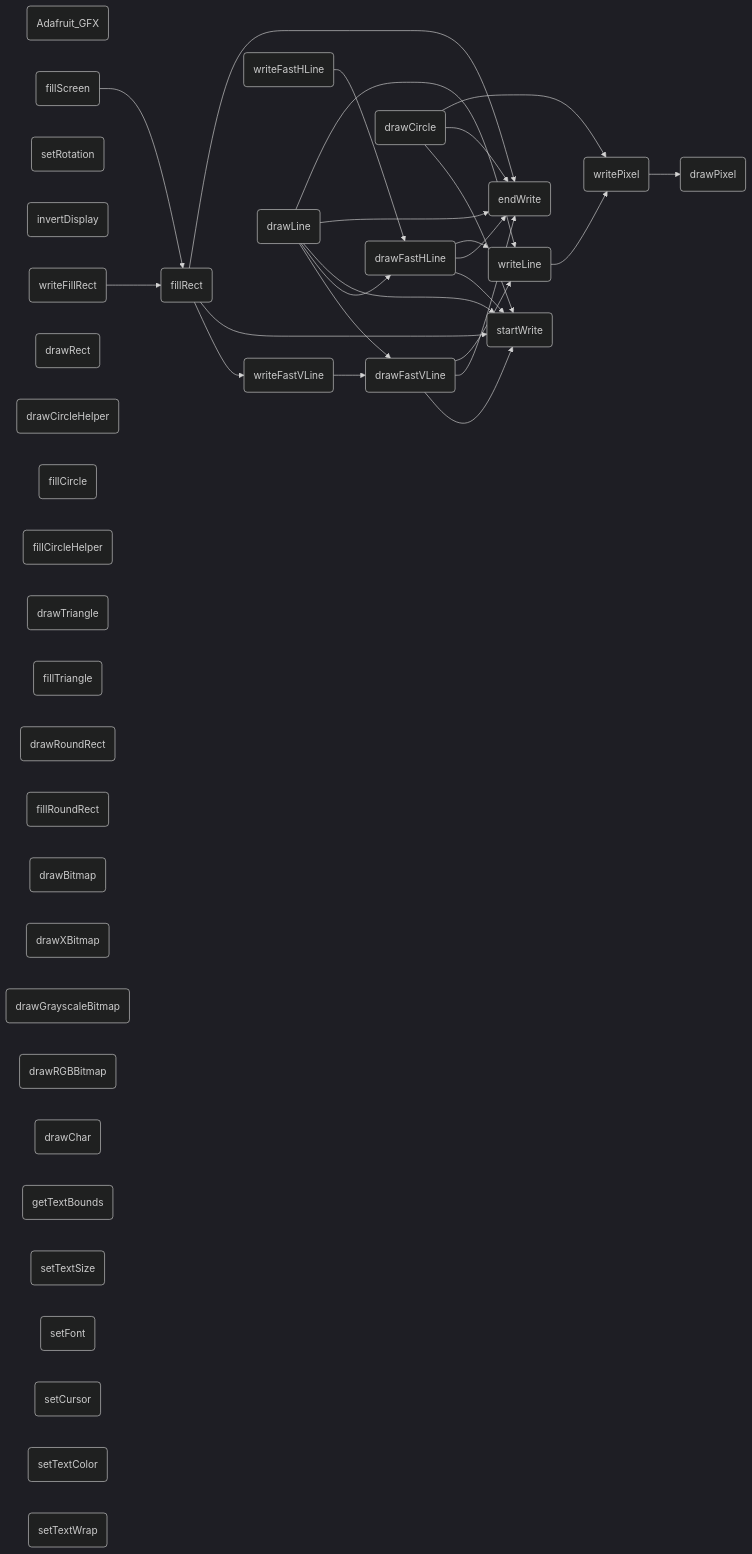
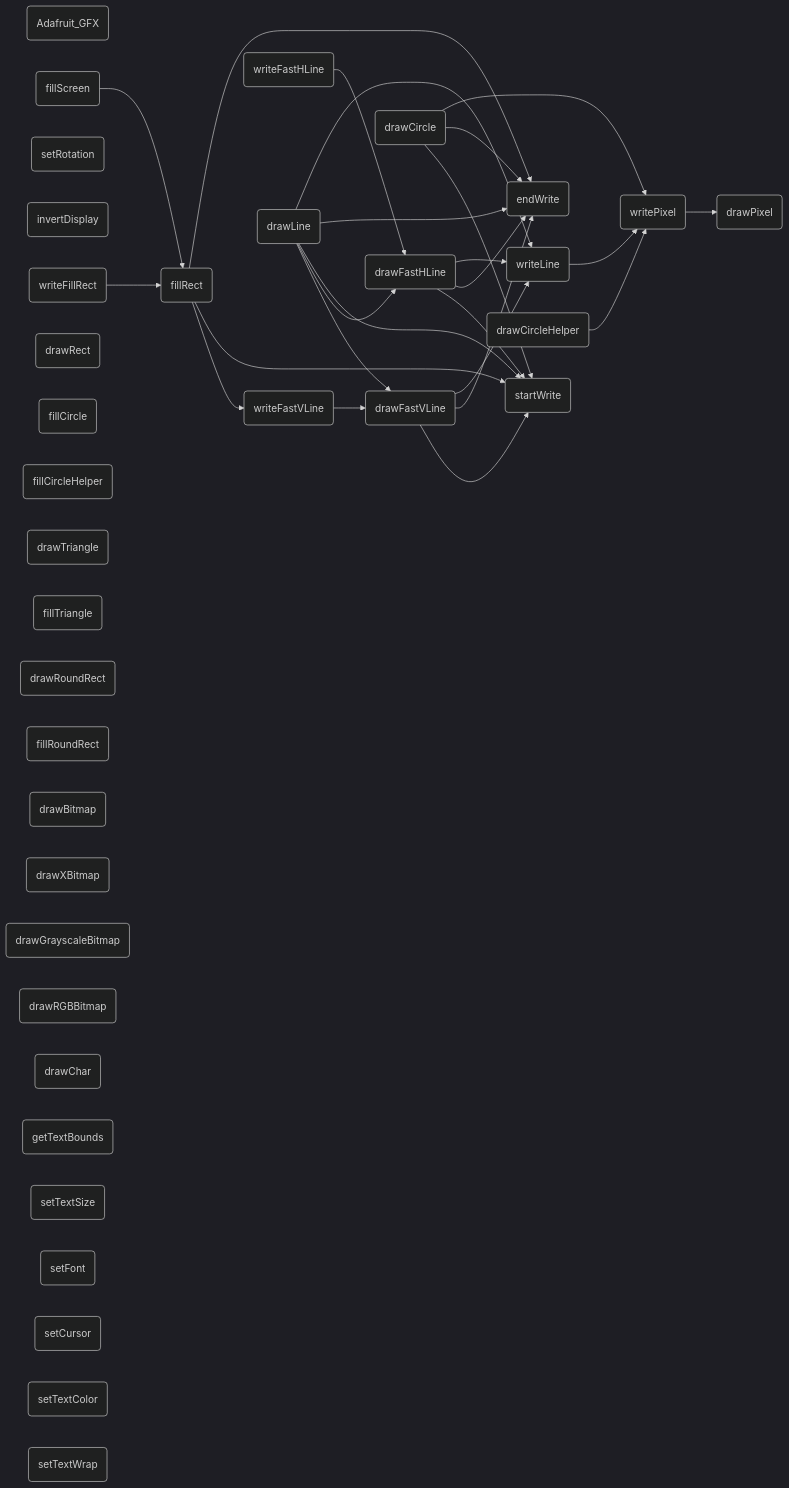
One commit to icodezhanglei/iodraw-files changed the diagram in all/未命名.md. Above: the diagram before and after it, drawn with Mermaid (dark theme).

Commit message:
2024-09-13 18:31:17 update

````diff
--- a/all/未命名.md
+++ b/all/未命名.md
@@ -1,56 +1,56 @@
 ```mermaid
 flowchart LR
 Adafruit_GF(Adafruit_GFX)
 drawPixel(drawPixel)
 startWrite(startWrite)
 endWrite(endWrite)
 writePixel(writePixel)
 writeFillRect(writeFillRect)
 writeFastVLine(writeFastVLine)
 writeFastHLine(writeFastHLine)
 writeLine(writeLine)
 setRotation(setRotation)
 invertDisplay(invertDisplay)
 drawFastVLine(drawFastVLine)
 drawFastHLine(drawFastHLine)
 fillRect(fillRect)
 fillScreen(fillScreen)
 drawLine(drawLine)
 drawRect(drawRect)
 drawCircle(drawCircle)
 drawCircleHelper(drawCircleHelper)
 fillCircle(fillCircle)
 fillCircleHelper(fillCircleHelper)
 drawTriangle(drawTriangle)
 fillTriangle(fillTriangle)
 drawRoundRect(drawRoundRect)
 fillRoundRect(fillRoundRect)
 drawBitmap(drawBitmap)
 drawXBitmap(drawXBitmap)
 drawGrayscaleBitmap(drawGrayscaleBitmap)
 drawRGBBitmap(drawRGBBitmap)
 drawChar(drawChar)
 getTextBounds(getTextBounds)
 setTextSize(setTextSize)
 setFont(setFont)
 setCursor(setCursor)
 setTextColor(setTextColor)
 setTextWrap(setTextWrap)
 
 writeLine --> writePixel --> drawPixel
 
 writeFastVLine --> drawFastVLine --> startWrite & endWrite
 drawFastVLine --> writeLine
 
 writeFastHLine --> drawFastHLine --> startWrite & endWrite
 drawFastHLine --> writeLine
 
 writeFillRect --> fillRect --> writeFastVLine & startWrite & endWrite
 
 fillScreen --> fillRect
 drawLine --> drawFastVLine & drawFastHLine & startWrite & endWrite & writeLine
 drawCircle --> startWrite & endWrite & writePixel
-drawCircleHelper
+drawCircleHelper --> writePixel
 
 
 ```
````
